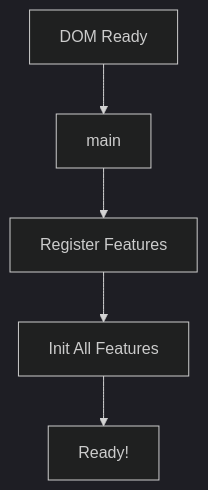
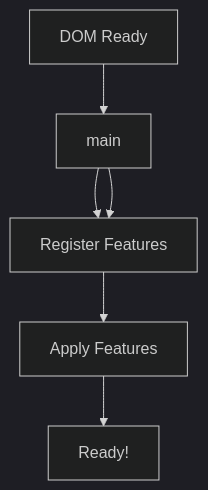
One commit to vuquan2005/svHaUI-Helper changed the first of 4 diagrams in ARCHITECTURE.md. Above: the diagram before and after it, drawn with Mermaid (dark theme). The commit also changed other lines of this file and 4 other files, not shown here.

Commit message:
docs: update API reference, architecture, and guides for v2.1.0

````diff
--- a/ARCHITECTURE.md
+++ b/ARCHITECTURE.md
@@ -58,7 +58,8 @@
 ```mermaid
 flowchart TD
     A[DOM Ready] --> B[main]
     B --> C[Register Features]
-    C --> D[Init All Features]
+    B --> C[Register Features]
+    C --> D[Apply Features]
     D --> E[Ready!]
 ```
````
